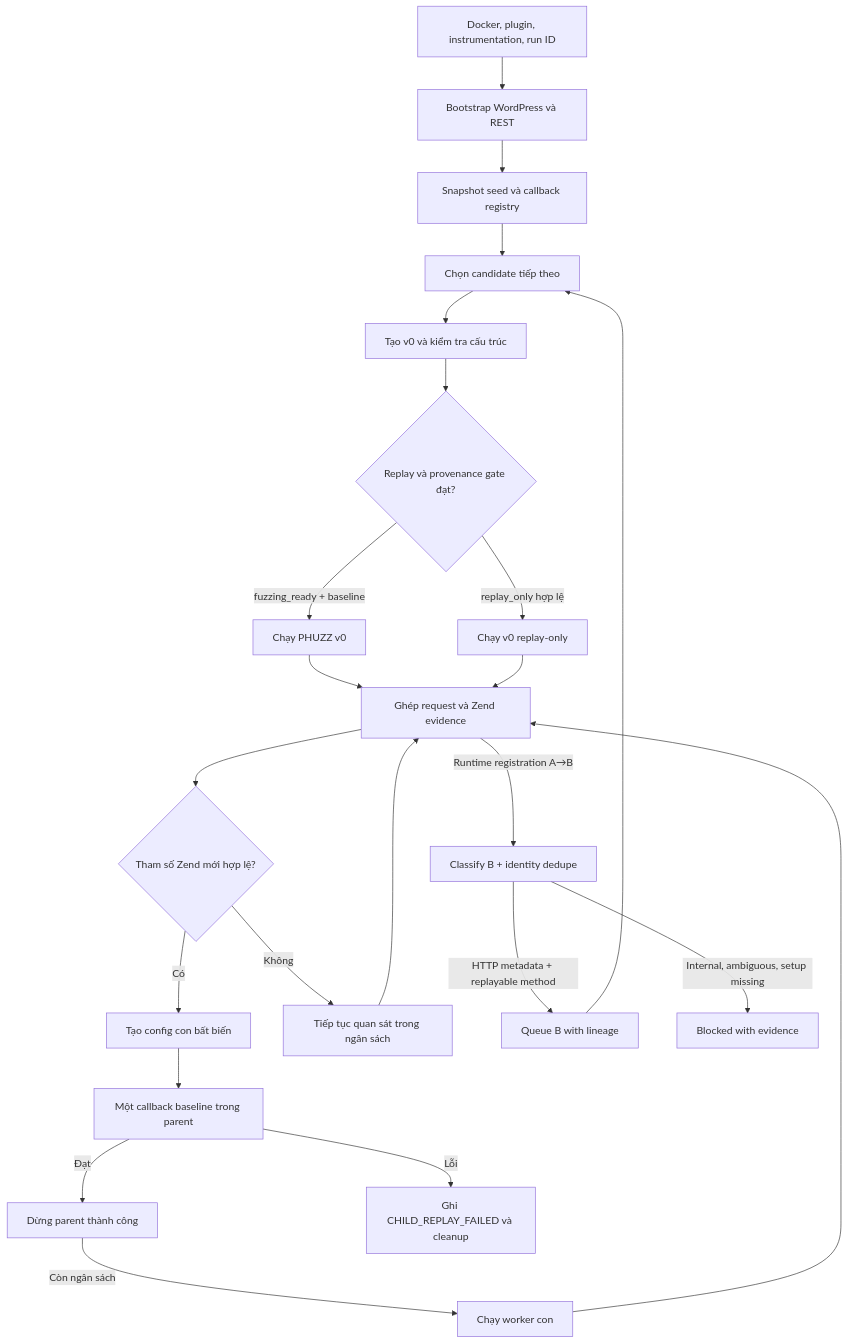
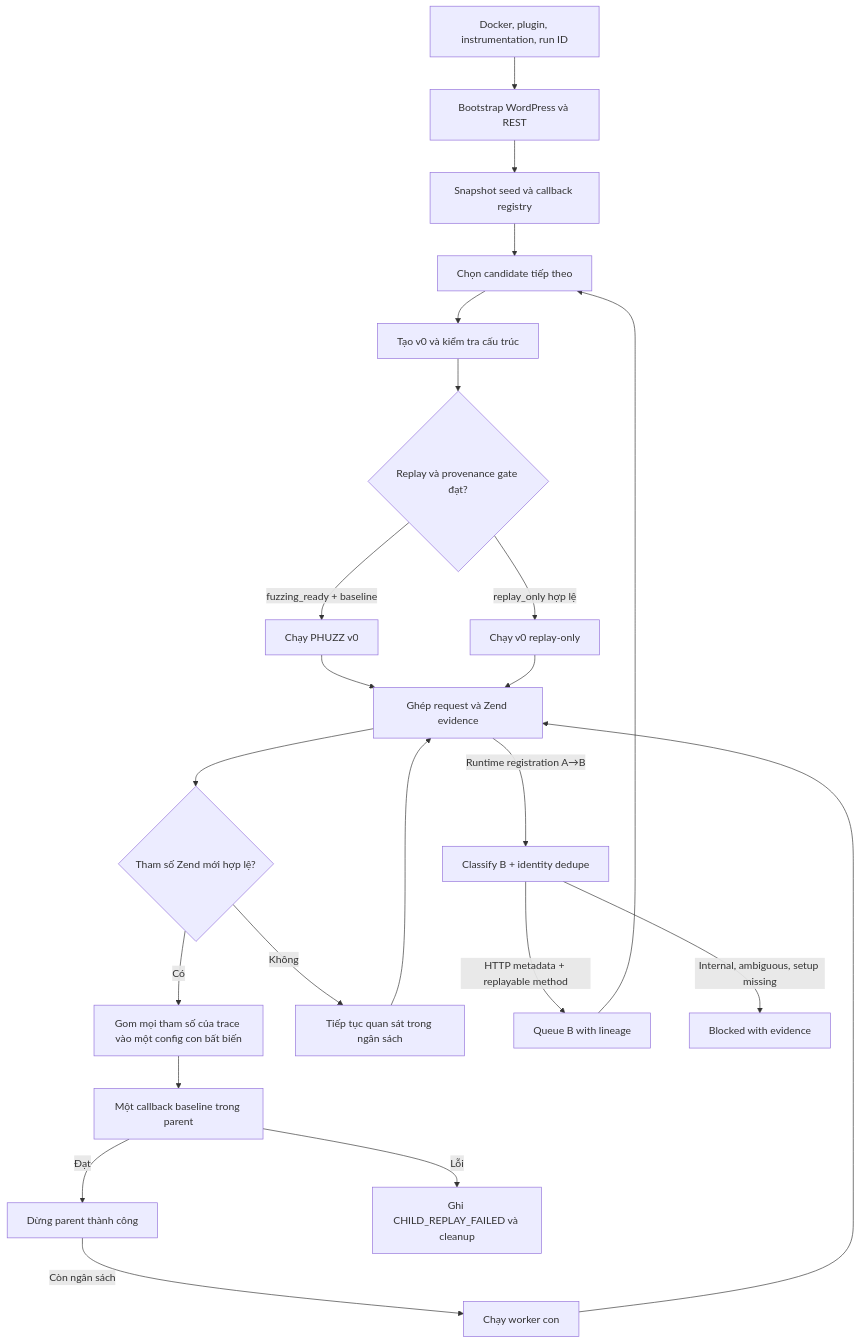
One commit to Harupip/Phuzz-hook changed the diagram in phuzz-main/code/docs/guides/online-linked-flow.md. Above: the diagram before and after it, drawn with Mermaid. The commit also changed other lines of this file and 9 other files, not shown here.

````diff
--- a/phuzz-main/code/docs/guides/online-linked-flow.md
+++ b/phuzz-main/code/docs/guides/online-linked-flow.md
@@ -25,25 +25,25 @@
 ```mermaid
 flowchart TD
     A[Docker, plugin, instrumentation, run ID] --> B[Bootstrap WordPress và REST]
     B --> C[Snapshot seed và callback registry]
     C --> D[Chọn candidate tiếp theo]
     D --> E[Tạo v0 và kiểm tra cấu trúc]
     E --> F{Replay và provenance gate đạt?}
     F -->|fuzzing_ready + baseline| G[Chạy PHUZZ v0]
     F -->|replay_only hợp lệ| H[Chạy v0 replay-only]
     G --> I[Ghép request và Zend evidence]
     H --> I
     I --> J{Tham số Zend mới hợp lệ?}
-    J -->|Có| K[Tạo config con bất biến]
+    J -->|Có| K[Gom mọi tham số của trace vào một config con bất biến]
     K --> M[Một callback baseline trong parent]
     M -->|Đạt| L[Dừng parent thành công]
     L -->|Còn ngân sách| G2[Chạy worker con]
     G2 --> I
     M -->|Lỗi| R[Ghi CHILD_REPLAY_FAILED và cleanup]
     J -->|Không| N[Tiếp tục quan sát trong ngân sách]
     N --> I
     I -->|Runtime registration A→B| X[Classify B + identity dedupe]
     X -->|HTTP metadata + replayable method| Y[Queue B with lineage]
     X -->|Internal, ambiguous, setup missing| Z[Blocked with evidence]
     Y --> D
 ```
````
